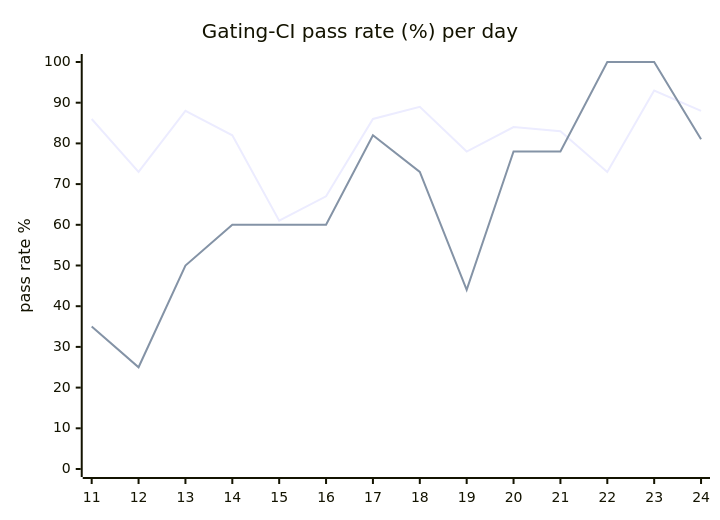
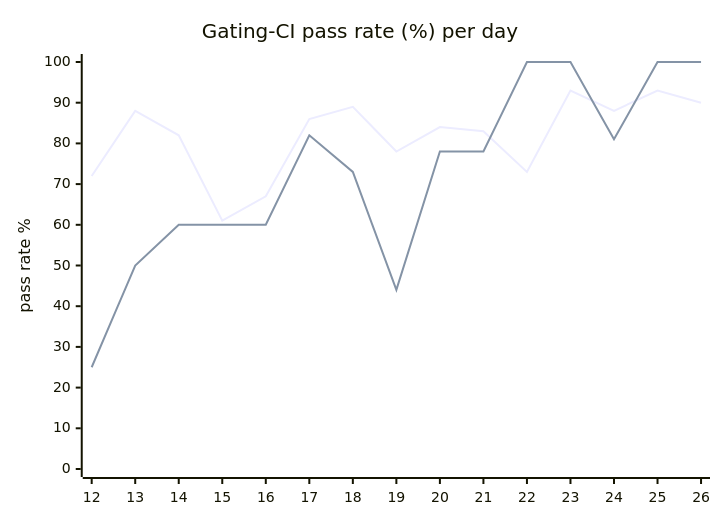
The diagram in hack/ci/ci-dashboard/staging/issue.md (hatchet-dev/hatchet), drawn with Mermaid before and after one commit. The commit also changed other lines of this file, not shown here.

````diff
--- a/hack/ci/ci-dashboard/staging/issue.md
+++ b/hack/ci/ci-dashboard/staging/issue.md
@@ -9,8 +9,8 @@
 ```mermaid
 xychart-beta
   title "Gating-CI pass rate (%) per day"
-  x-axis [11, 12, 13, 14, 15, 16, 17, 18, 19, 20, 21, 22, 23, 24]
+  x-axis [12, 13, 14, 15, 16, 17, 18, 19, 20, 21, 22, 23, 24, 25, 26]
   y-axis "pass rate %" 0 --> 100
-  line "CI" [86, 73, 88, 82, 61, 67, 86, 89, 78, 84, 83, 73, 93, 88]
-  line "main" [35, 25, 50, 60, 60, 60, 82, 73, 44, 78, 78, 100, 100, 81]
+  line "CI" [72, 88, 82, 61, 67, 86, 89, 78, 84, 83, 73, 93, 88, 93, 90]
+  line "main" [25, 50, 60, 60, 60, 82, 73, 44, 78, 78, 100, 100, 81, 100, 100]
 ```
````
